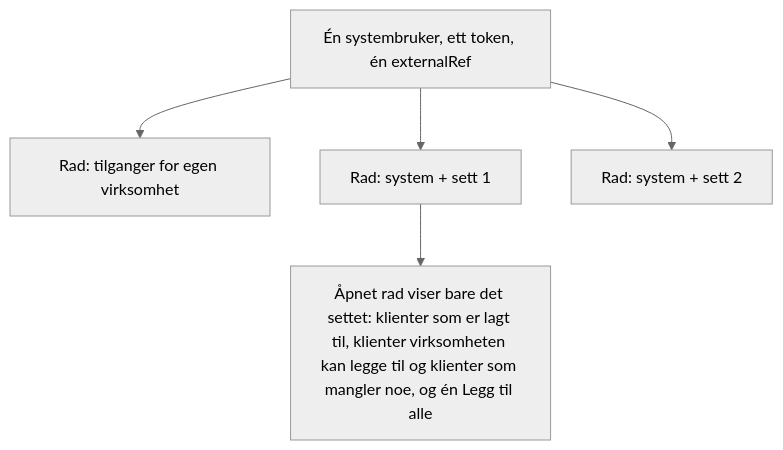
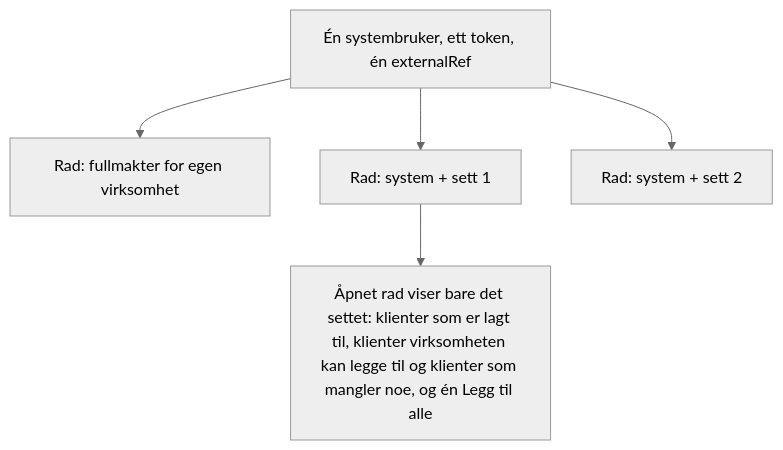
Before and after one commit to Altinn/altinn-studio-docs: the seventh of 7 diagrams in content/authorization/guides/system-vendor/system-user/beslutningstre.nb.md, drawn with Mermaid (neutral theme). The commit also changed other lines of this file and 3 other files, not shown here.

First line of the commit message:
Systembruker: fullmakter og fullmaktssett, og ingen løfter om merker

```diff
--- a/content/authorization/guides/system-vendor/system-user/beslutningstre.nb.md
+++ b/content/authorization/guides/system-vendor/system-user/beslutningstre.nb.md
@@ -137,7 +137,7 @@
 {{< mermaid >}}
 graph TD
-  SU["Én systembruker, ett token, én externalRef"] --> OWNROW["Rad: tilganger for egen virksomhet"]
+  SU["Én systembruker, ett token, én externalRef"] --> OWNROW["Rad: fullmakter for egen virksomhet"]
   SU --> ROW1["Rad: system + sett 1"]
   SU --> ROW2["Rad: system + sett 2"]
   ROW1 --> OPEN["Åpnet rad viser bare det settet: klienter som er lagt til, klienter virksomheten kan legge til og klienter som mangler noe, og én Legg til alle"]
 {{< /mermaid >}}
```
